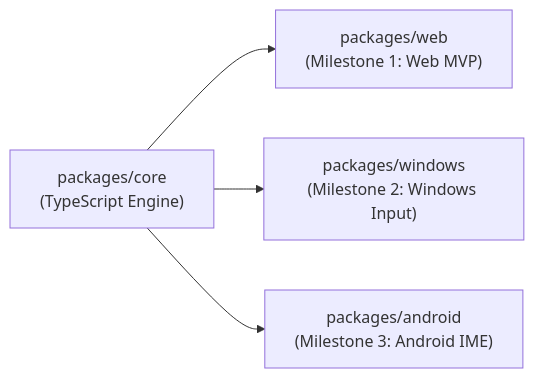
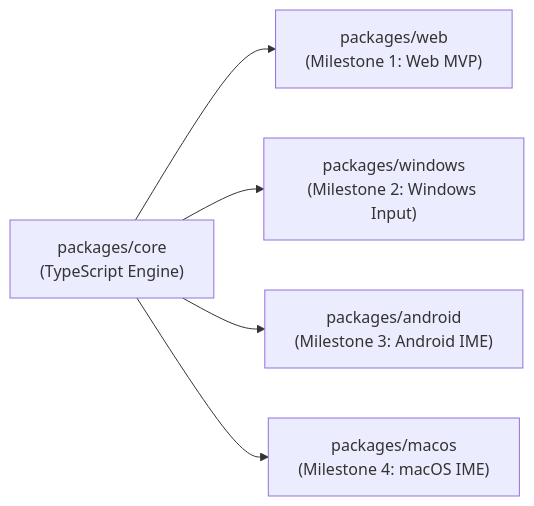
One commit to Raytray/pinyin-duck changed the diagram in PLAN.md. Above: the diagram before and after it, drawn with Mermaid. The commit also changed other lines of this file and 21 other files, not shown here.

````diff
--- a/PLAN.md
+++ b/PLAN.md
@@ -9,6 +9,7 @@
 ```mermaid
 flowchart LR
     A["packages/core\n(TypeScript Engine)"] --> B["packages/web\n(Milestone 1: Web MVP)"]
     A --> C["packages/windows\n(Milestone 2: Windows Input)"]
     A --> D["packages/android\n(Milestone 3: Android IME)"]
+    A --> E["packages/macos\n(Milestone 4: macOS IME)"]
 ```
````
